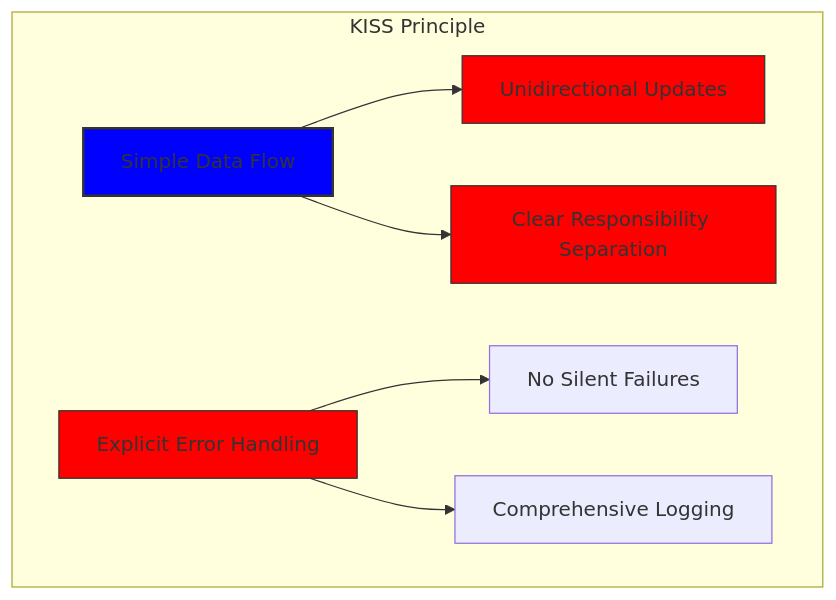
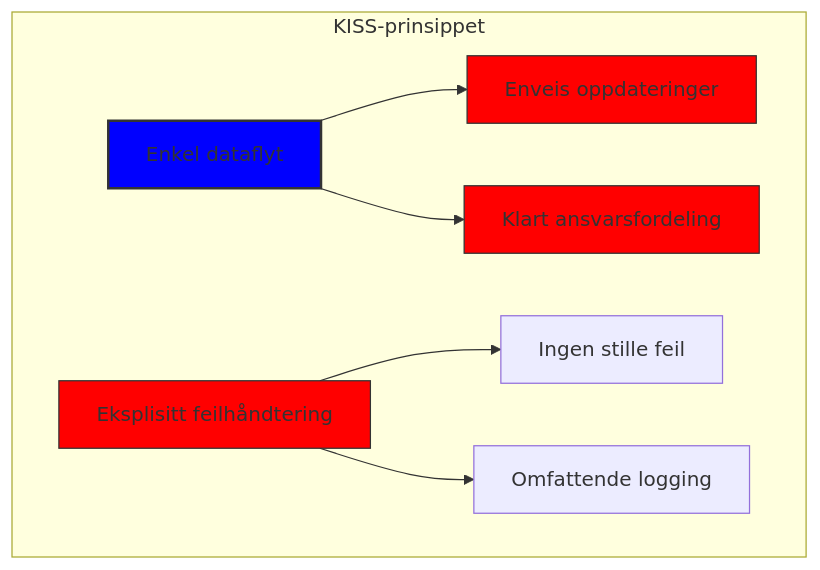
One commit to forwardemail/forwardemail.net changed the seventh of 7 diagrams in app/views/docs/building-reliable-payment-system-stripe-paypal/index-no.md. Above: the diagram before and after it, drawn with Mermaid. The commit also changed other lines of this file and 1055 other files, not shown here.

````diff
--- a/app/views/docs/building-reliable-payment-system-stripe-paypal/index-no.md
+++ b/app/views/docs/building-reliable-payment-system-stripe-paypal/index-no.md
@@ -655,16 +659,16 @@
 ```mermaid
 graph TD
-    subgraph "KISS Principle"
-        P[Simple Data Flow] --> Q[Unidirectional Updates]
-        P --> R[Clear Responsibility Separation]
+    subgraph "KISS-prinsippet"
+        P[Enkel dataflyt] --> Q[Enveis oppdateringer]
+        P --> R[Klart ansvarsfordeling]
 
-        S[Explicit Error Handling] --> T[No Silent Failures]
-        S --> U[Comprehensive Logging]
+        S[Eksplisitt feilhåndtering] --> T[Ingen stille feil]
+        S --> U[Omfattende logging]
     end
 
     classDef primary fill:blue,stroke:#333,stroke-width:2px;
     classDef secondary fill:red,stroke:#333,stroke-width:1px;
 
     class A,P,V primary;
     class B,C,D,E,I,L,Q,R,S,W,X,Y,Z secondary;
 ```
````
